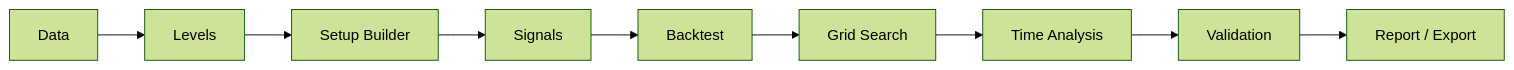
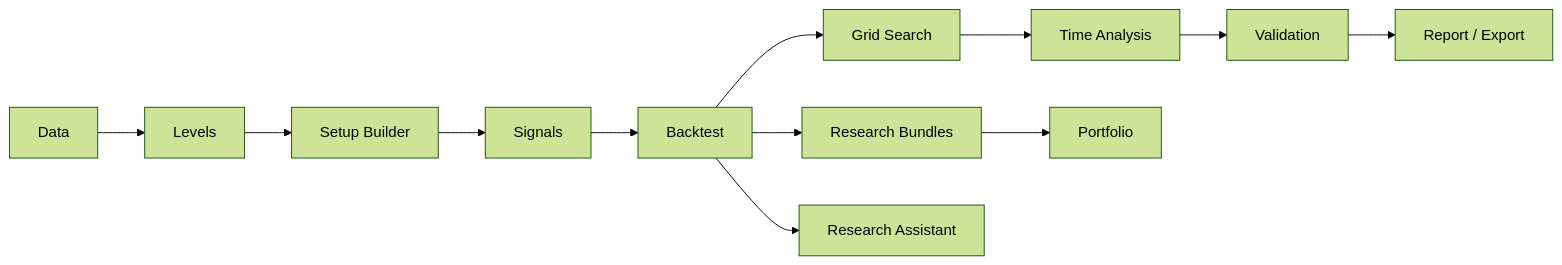
The diagram in docs/ARCHITECTURE.md (AccumuLatata/ThesisTester), drawn with Mermaid (forest theme) before and after one commit. The commit also changed other lines of this file and 1 other file, not shown here.

First line of the commit message:
fix(docs): complete Help flow diagram and prev30m living pointers

````diff
--- a/docs/ARCHITECTURE.md
+++ b/docs/ARCHITECTURE.md
@@ -1014,11 +1014,14 @@
 ```mermaid
 flowchart LR
     A[Data] --> B[Levels]
     B --> C[Setup Builder]
     C --> D[Signals]
     D --> E[Backtest]
     E --> F[Grid Search]
     F --> G[Time Analysis]
     G --> H[Validation]
     H --> I[Report / Export]
+    E --> J[Research Bundles]
+    J --> K[Portfolio]
+    E --> L[Research Assistant]
 ```
````
